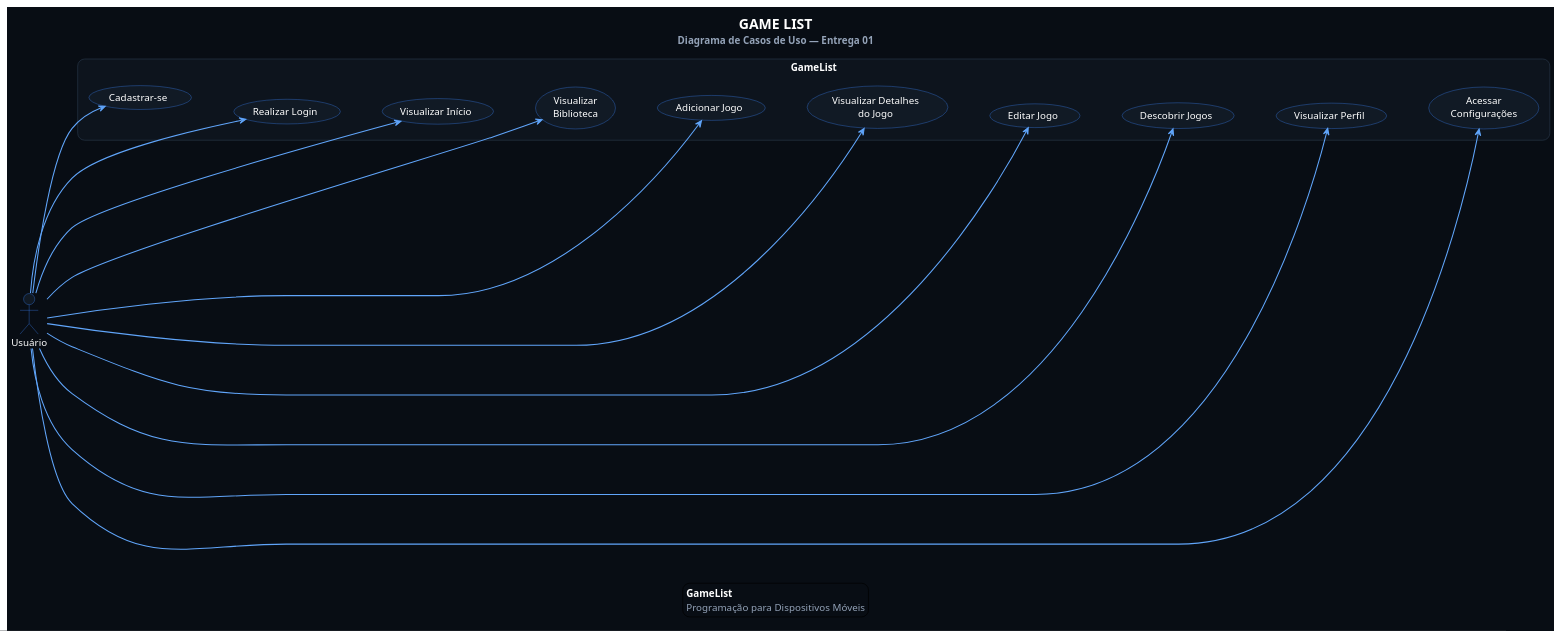
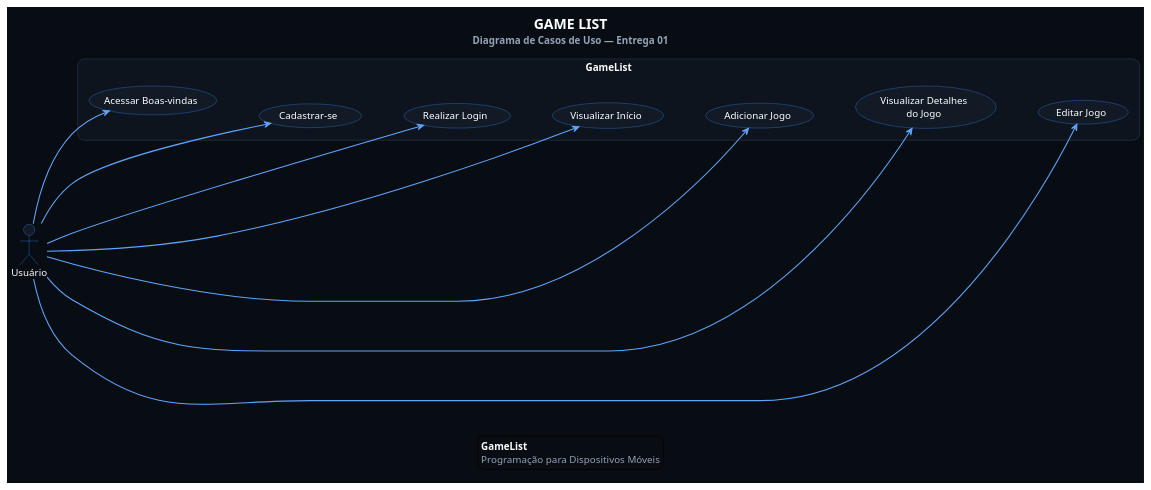
Before and after one commit to Demicouto/GameList: the diagram in docs/casosdeuso.puml, drawn with PlantUML.

Commit message:
docs: atualiza diagrama de casos de uso

```diff
--- a/docs/casosdeuso.puml
+++ b/docs/casosdeuso.puml
@@ -1,91 +1,74 @@
 @startuml
 
 ' ==============================
 ' GameList - Casos de Uso
 ' Entrega 01
 ' ==============================
 
 left to right direction
 
-' ----- Estilo geral -----
 skinparam backgroundColor #080D14
 skinparam shadowing false
 skinparam roundcorner 20
 
 skinparam actor {
     BackgroundColor #111A25
     BorderColor #3B82F6
     FontColor #FFFFFF
 }
 
 skinparam usecase {
     BackgroundColor #111A25
     BorderColor #3B82F6
     FontColor #FFFFFF
     ArrowColor #60A5FA
 }
 
 skinparam rectangle {
     BackgroundColor #0D141D
     BorderColor #263445
     FontColor #FFFFFF
 }
 
 skinparam ArrowColor #60A5FA
 skinparam ArrowThickness 1.5
 
 title <color:#FFFFFF><size:20><b>GAME LIST</b></size></color>\n<color:#94A3B8>Diagrama de Casos de Uso — Entrega 01</color>
 
-' ----- Ator -----
+
 actor "Usuário" as Usuario
 
-' ----- Sistema -----
+
 rectangle "GameList" {
 
-    usecase "Cadastrar-se" as UC01
-    usecase "Realizar Login" as UC02
-
-    usecase "Visualizar Início" as UC03
-
-    usecase "Visualizar\nBiblioteca" as UC04
+    usecase "Acessar Boas-vindas" as UC01
+    usecase "Cadastrar-se" as UC02
+    usecase "Realizar Login" as UC03
+    usecase "Visualizar Início" as UC04
     usecase "Adicionar Jogo" as UC05
     usecase "Visualizar Detalhes\ndo Jogo" as UC06
     usecase "Editar Jogo" as UC07
-
-    usecase "Descobrir Jogos" as UC08
-
-    usecase "Visualizar Perfil" as UC09
-    usecase "Acessar\nConfigurações" as UC10
 }
 
-' ----- Interações -----
 Usuario --> UC01
 Usuario --> UC02
 Usuario --> UC03
 Usuario --> UC04
 Usuario --> UC05
 Usuario --> UC06
 Usuario --> UC07
-Usuario --> UC08
-Usuario --> UC09
-Usuario --> UC10
 
-' ----- Organização visual -----
 UC01 -[hidden]down- UC02
 UC02 -[hidden]down- UC03
 UC03 -[hidden]down- UC04
 
 UC04 -[hidden]down- UC05
 UC05 -[hidden]down- UC06
 UC06 -[hidden]down- UC07
 
-UC07 -[hidden]down- UC08
-UC08 -[hidden]down- UC09
-UC09 -[hidden]down- UC10
-
 legend bottom
     <color:#FFFFFF><b>GameList</b></color>
     <color:#94A3B8>Programação para Dispositivos Móveis</color>
 endlegend
 
 @enduml
```
